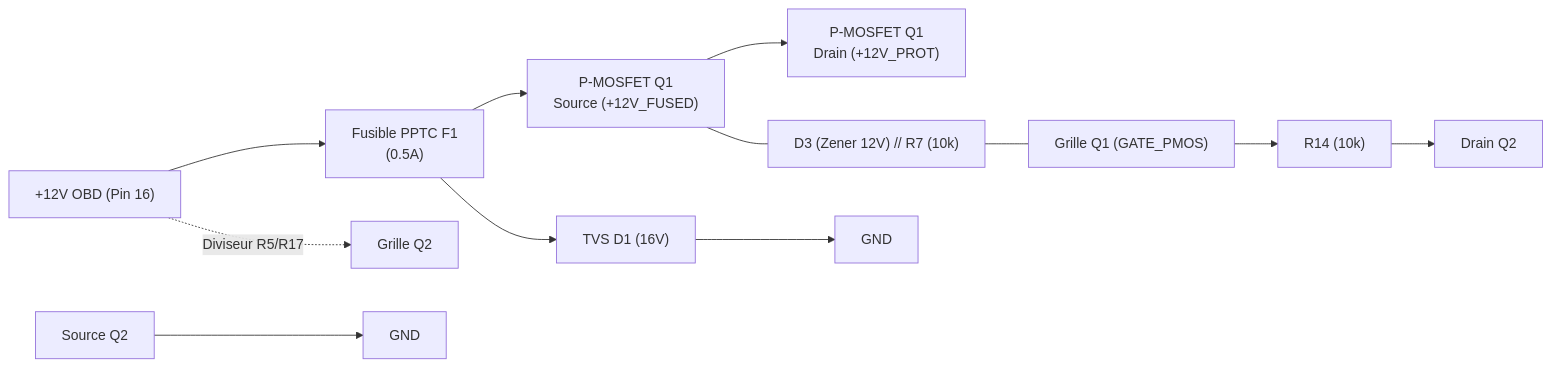
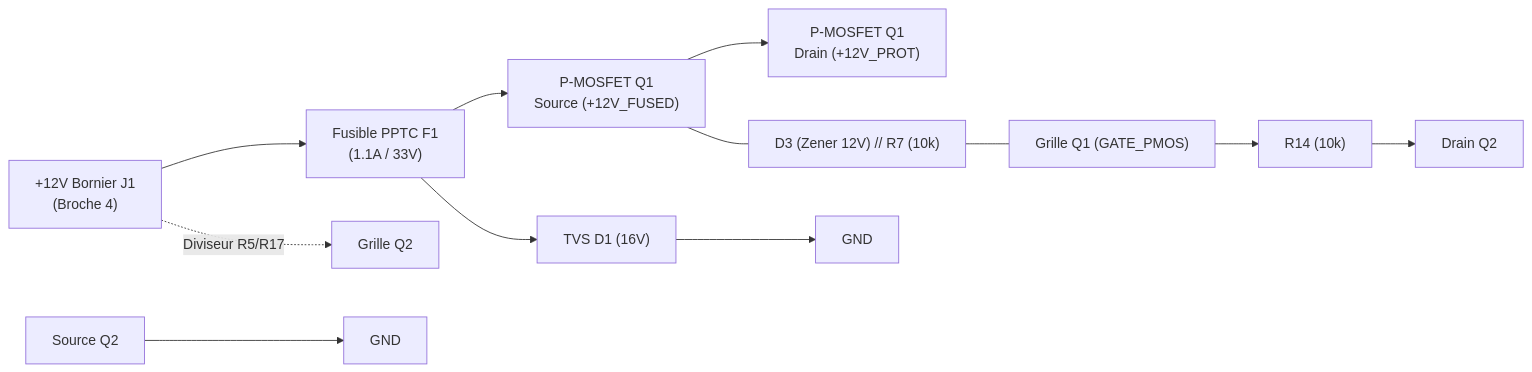
Before and after one commit to nitrogene/OBD2: the second of 13 diagrams in HARDWARE.md, drawn with Mermaid. The commit also changed other lines of this file and 6 other files, not shown here.

````diff
--- a/HARDWARE.md
+++ b/HARDWARE.md
@@ -95,22 +95,22 @@
 ```mermaid
 %%{init: {
   'themeVariables': {
     'fontFamily': 'Consolas, "Courier New", monospace',
     'fontSize': '12px'
   },
   'flowchart': {
     'curve': 'stepBefore',
     'nodeSpacing': 25,
     'rankSpacing': 30
   }
 }}%%
 flowchart LR
-    IN["+12V OBD (Pin 16)"] --> F1["Fusible PPTC F1\n(0.5A)"]
+    IN["+12V Bornier J1\n(Broche 4)"] --> F1["Fusible PPTC F1\n(1.1A / 33V)"]
     F1 --> Q1_S["P-MOSFET Q1\nSource (+12V_FUSED)"]
     Q1_S --> Q1_D["P-MOSFET Q1\nDrain (+12V_PROT)"]
     F1 --> D1["TVS D1 (16V)"] --> GND1["GND"]
     Q1_S --- D3_R7["D3 (Zener 12V) // R7 (10k)"] --- Q1_G["Grille Q1 (GATE_PMOS)"]
     Q1_G --> R14["R14 (10k)"] --> Q2_D["Drain Q2"]
     Q2_S["Source Q2"] --> GND2["GND"]
     IN -.->|Diviseur R5/R17| Q2_G["Grille Q2"]
 ```
````
